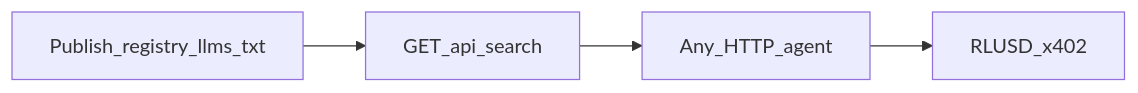
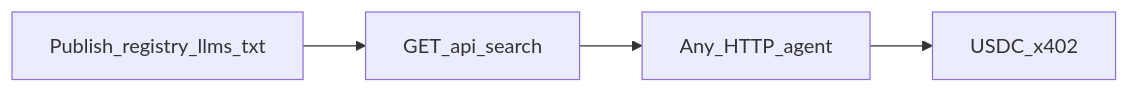
Before and after one commit to itzsihui/Agentize: the second of 3 diagrams in README.md, drawn with Mermaid. The commit also changed other lines of this file and 55 other files, not shown here.

````diff
--- a/README.md
+++ b/README.md
@@ -59,6 +59,6 @@
 ```mermaid
 flowchart LR
   publish[Publish_registry_llms_txt] --> search[GET_api_search]
   search --> anyAgent[Any_HTTP_agent]
-  anyAgent --> settle[RLUSD_x402]
+  anyAgent --> settle[USDC_x402]
 ```
````
